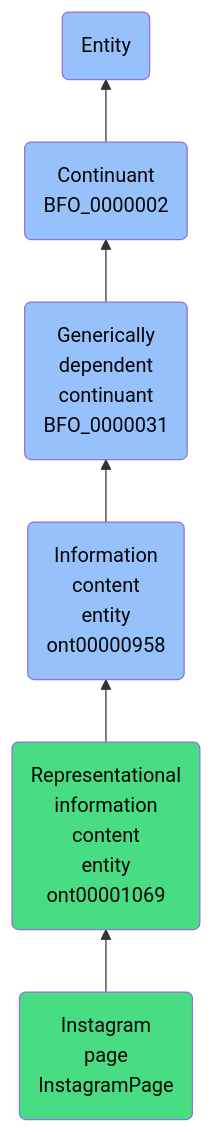
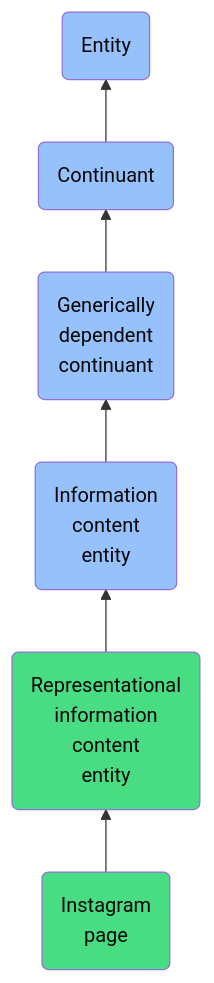
The diagram in docs/ontology/reference/model/Entity/Continuant/Generically dependent continuant/Information content entity/Representational information content entity/Instagram page/Instagram page.md (jupyter-naas/abi), drawn with Mermaid before and after one commit. The commit also changed other lines of this file and 1430 other files, not shown here.

````diff
--- a/docs/ontology/reference/model/Entity/Continuant/Generically dependent continuant/Information content entity/Representational information content entity/Instagram page/Instagram page.md
+++ b/docs/ontology/reference/model/Entity/Continuant/Generically dependent continuant/Information content entity/Representational information content entity/Instagram page/Instagram page.md
@@ -24,13 +24,13 @@
 ```mermaid
 graph BT
-    InstagramPage(Instagram<br>page<br>InstagramPage):::ABI-->ont00001069
-    ont00001069(Representational<br>information<br>content<br>entity<br>ont00001069):::ABI-->ont00000958
-    ont00000958(Information<br>content<br>entity<br>ont00000958):::BFO-->BFO_0000031
-    BFO_0000031(Generically<br>dependent<br>continuant<br>BFO_0000031):::BFO-->BFO_0000002
-    BFO_0000002(Continuant<br>BFO_0000002):::BFO-->BFO_0000001
+    InstagramPage(Instagram<br>page):::ABI-->ont00001069
+    ont00001069(Representational<br>information<br>content<br>entity):::ABI-->ont00000958
+    ont00000958(Information<br>content<br>entity):::BFO-->BFO_0000031
+    BFO_0000031(Generically<br>dependent<br>continuant):::BFO-->BFO_0000002
+    BFO_0000002(Continuant):::BFO-->BFO_0000001
     BFO_0000001(Entity):::BFO
     
     classDef BFO fill:#97c1fb,color:#060606
     classDef CCO fill:#e4c51e,color:#060606
     classDef ABI fill:#48DD82,color:#060606
 ```
````
